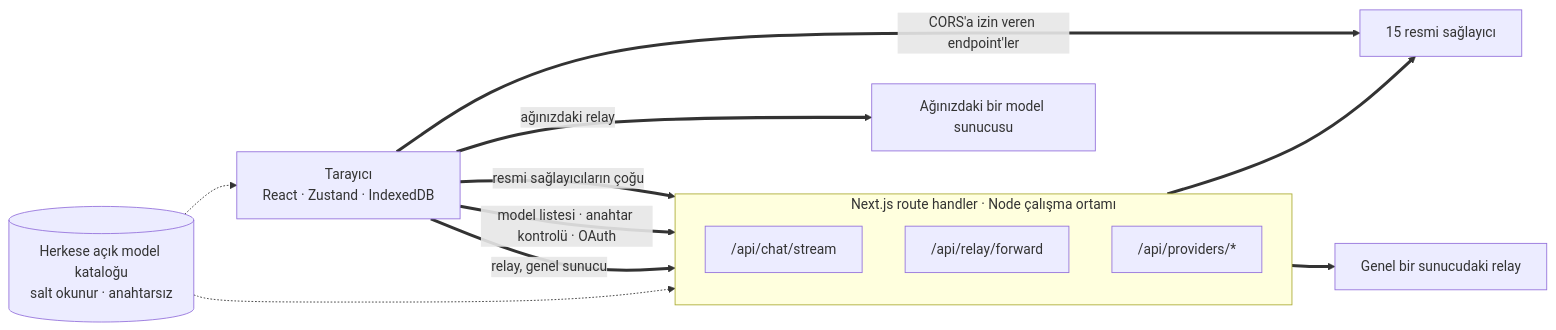
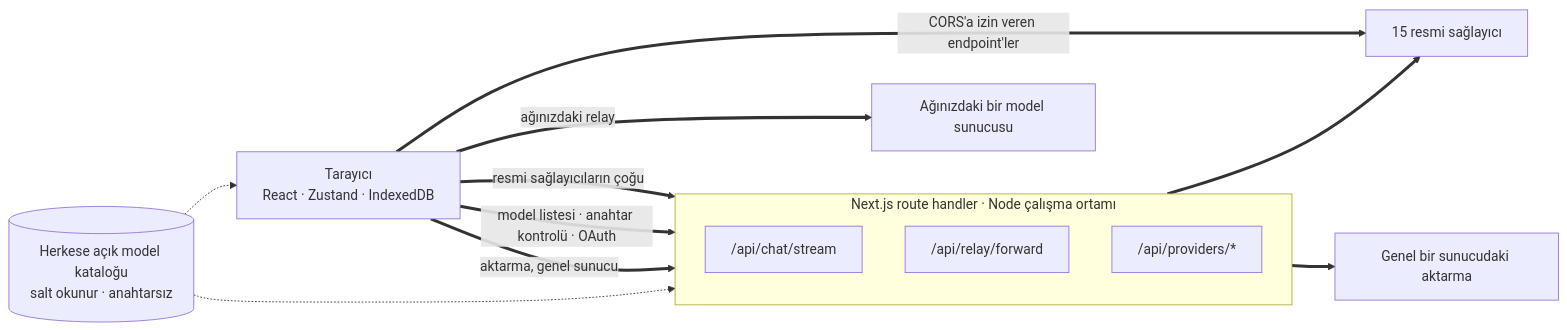
The first of 2 diagrams in readme_i18n/tr/web.md (oriveo/oriveo), drawn with Mermaid before and after one commit. The commit also changed other lines of this file and 89 other files, not shown here.

````diff
--- a/readme_i18n/tr/web.md
+++ b/readme_i18n/tr/web.md
@@ -62,24 +63,24 @@
 ```mermaid
 flowchart LR
     browser["Tarayıcı<br/>React · Zustand · IndexedDB"]
 
     subgraph server ["Next.js route handler · Node çalışma ortamı"]
         direction TB
         chat["/api/chat/stream"]
         fwd["/api/relay/forward"]
         prov["/api/providers/*"]
     end
 
     official["15 resmi sağlayıcı"]
-    pubrelay["Genel bir sunucudaki relay"]
+    pubrelay["Genel bir sunucudaki aktarma"]
     lan["Ağınızdaki bir model sunucusu"]
     catalog[("Herkese açık model kataloğu<br/>salt okunur · anahtarsız")]
 
     browser ==>|"resmi sağlayıcıların çoğu"| chat ==> official
     browser ==>|"model listesi · anahtar kontrolü · OAuth"| prov
-    browser ==>|"relay, genel sunucu"| fwd ==> pubrelay
+    browser ==>|"aktarma, genel sunucu"| fwd ==> pubrelay
     browser ==>|"ağınızdaki relay"| lan
     browser ==>|"CORS'a izin veren endpoint'ler"| official
     catalog -.-> browser
     catalog -.-> chat
 ```
````
